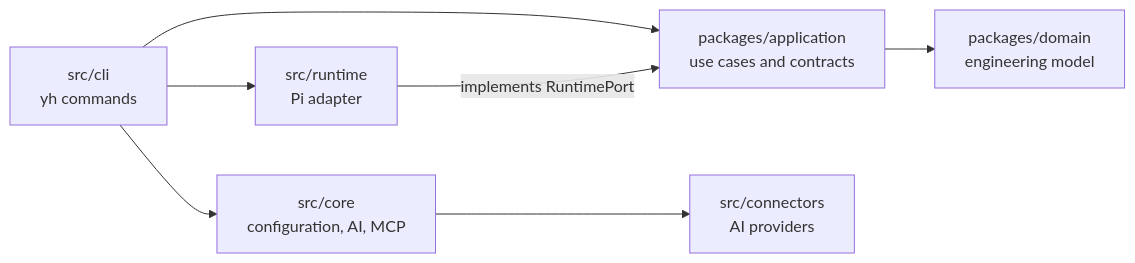
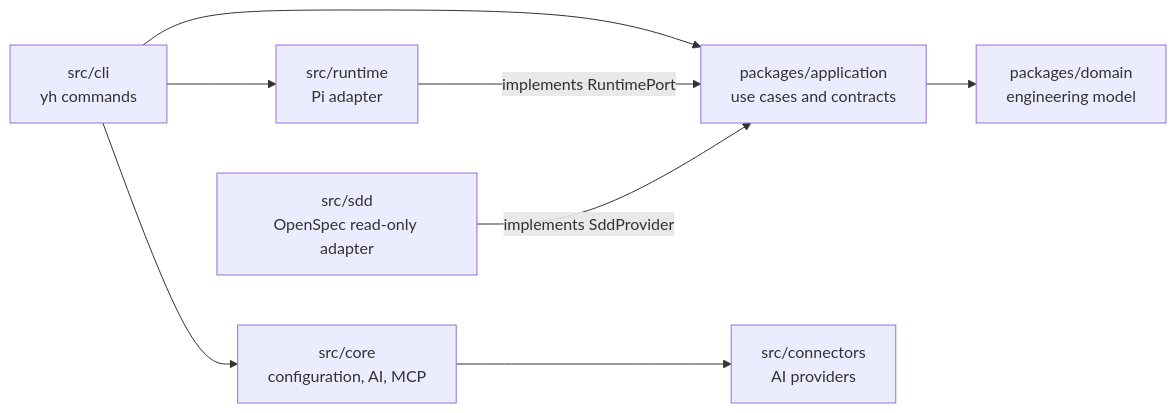
One commit to lucasjaviluna/your-harness-v2 changed the diagram in docs/02-architecture/System-Overview.md. Above: the diagram before and after it, drawn with Mermaid. The commit also changed other lines of this file and 15 other files, not shown here.

Commit message:
SDDProvider && OpenSpec Spike

````diff
--- a/docs/02-architecture/System-Overview.md
+++ b/docs/02-architecture/System-Overview.md
@@ -7,9 +7,10 @@
 ```mermaid
 flowchart LR
   CLI["src/cli\nyh commands"] --> APP["packages/application\nuse cases and contracts"]
   APP --> DOMAIN["packages/domain\nengineering model"]
   RUNTIME["src/runtime\nPi adapter"] -->|implements RuntimePort| APP
+  SDD["src/sdd\nOpenSpec read-only adapter"] -->|implements SddProvider| APP
   CLI --> RUNTIME
   CLI --> CORE["src/core\nconfiguration, AI, MCP"]
   CORE --> CONNECTORS["src/connectors\nAI providers"]
 ```
````
